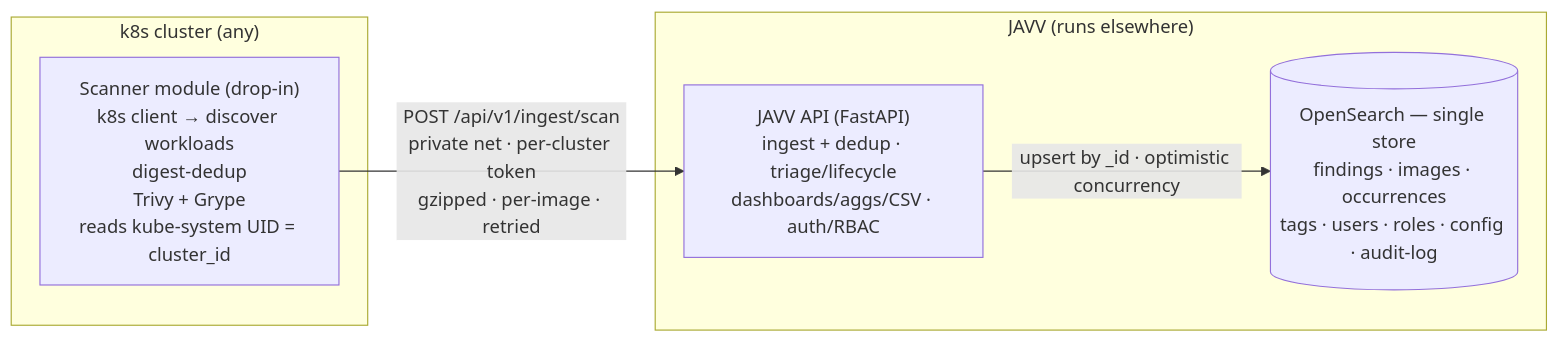
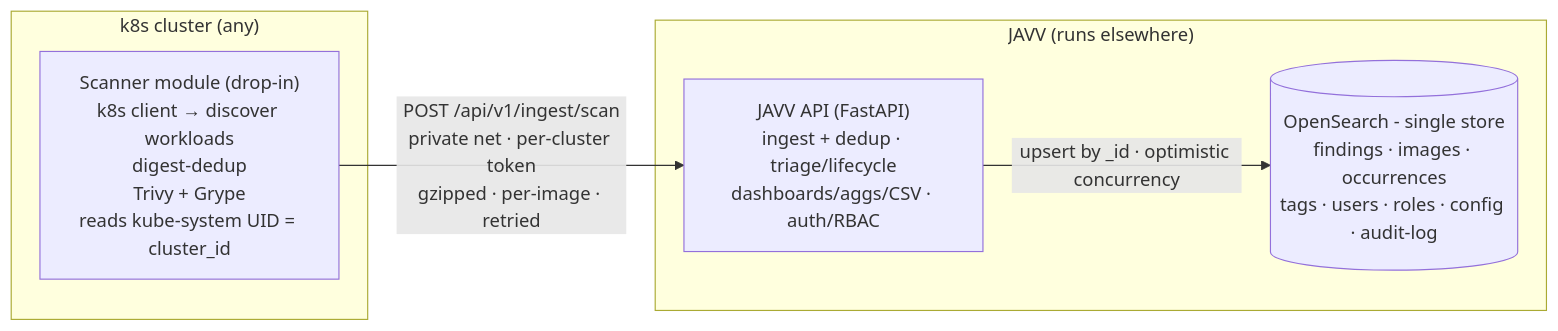
The diagram in docs/deprecated/PLAN.md (Danube-Labs/javv-poc), drawn with Mermaid before and after one commit. The commit also changed other lines of this file and 93 other files, not shown here.

````diff
--- a/docs/deprecated/PLAN.md
+++ b/docs/deprecated/PLAN.md
@@ -66,12 +66,12 @@
 ```mermaid
 flowchart LR
     subgraph Cluster["k8s cluster (any)"]
         SC["Scanner module (drop-in)<br/>k8s client → discover workloads<br/>digest-dedup<br/>Trivy + Grype<br/>reads kube-system UID = cluster_id"]
     end
     subgraph JAVV["JAVV (runs elsewhere)"]
         API["JAVV API (FastAPI)<br/>ingest + dedup · triage/lifecycle<br/>dashboards/aggs/CSV · auth/RBAC"]
-        OS[("OpenSearch — single store<br/>findings · images · occurrences<br/>tags · users · roles · config · audit-log")]
+        OS[("OpenSearch - single store<br/>findings · images · occurrences<br/>tags · users · roles · config · audit-log")]
         API -->|"upsert by _id · optimistic concurrency"| OS
     end
     SC -->|"POST /api/v1/ingest/scan<br/>private net · per-cluster token<br/>gzipped · per-image · retried"| API
 ```
````
